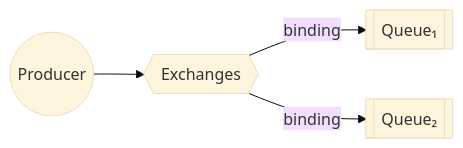
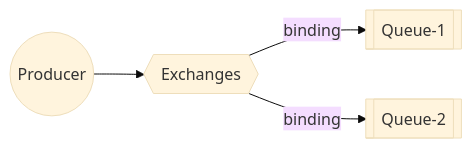
Before and after one commit to robert0714/Udemy_RabbitMQ_In_Practice_2022: the third of 6 diagrams in chapter05/README.md, drawn with Mermaid (base theme). The commit also changed other lines of this file, not shown here.

````diff
--- a/chapter05/README.md
+++ b/chapter05/README.md
@@ -49,14 +49,14 @@
 ```mermaid
 flowchart LR
     P((Producer))
     X{{Exchanges}}
-    Q1[[Queue₁]]
-    Q2[[Queue₂]]
+    Q1[[Queue-1]]
+    Q2[[Queue-2]]
 
     P --> X -- binding --> Q1 & Q2
 
     class P mermaid-producer
     class X mermaid-exchange
     class Q1 mermaid-queue
     class Q2 mermaid-queue
 ```
````
